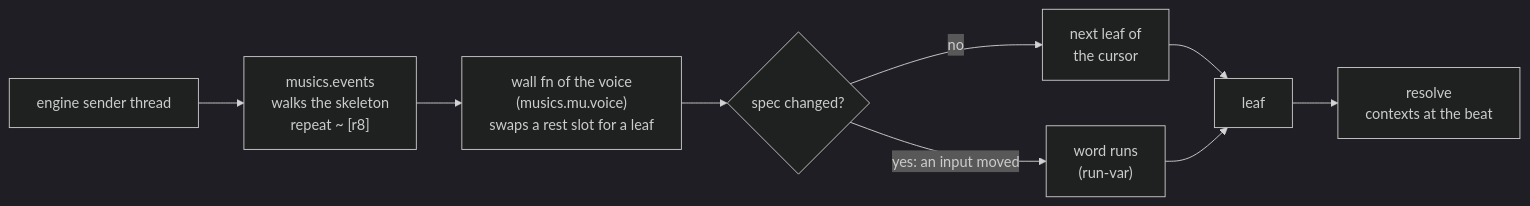
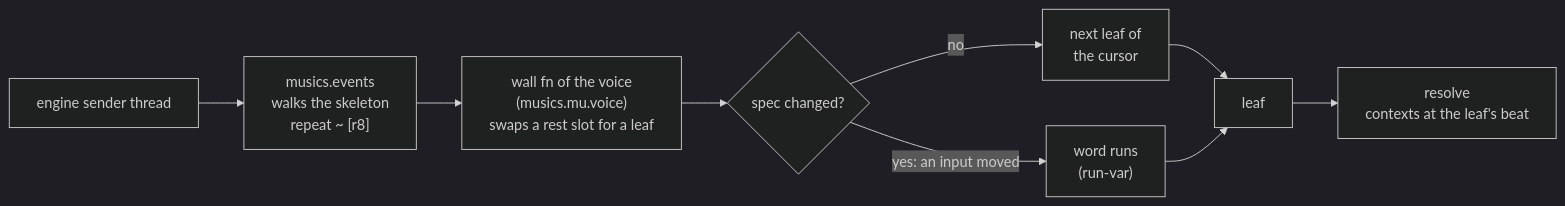
Before and after one commit to gebdevalk/musics: the first of 3 diagrams in doc/md/pull-voice.md, drawn with Mermaid (dark theme). The commit also changed other lines of this file and 1 other file, not shown here.

Commit message:
docs: a voice as a function of beat -- one leaf, one beat, every lookup at that beat

````diff
--- a/doc/md/pull-voice.md
+++ b/doc/md/pull-voice.md
@@ -11,16 +14,16 @@
 ```mermaid
 flowchart LR
   engine["engine sender thread"]
   events["musics.events<br/>walks the skeleton<br/>repeat ~ [r8]"]
   wall["wall fn of the voice<br/>(musics.mu.voice)<br/>swaps a rest slot for a leaf"]
   cursor{"spec changed?"}
   next["next leaf of<br/>the cursor"]
   word["word runs<br/>(run-var)"]
   leaf["leaf"]
-  resolve["resolve<br/>contexts at the beat"]
+  resolve["resolve<br/>contexts at the leaf's beat"]
 
   engine --> events --> wall --> cursor
   cursor -- no --> next --> leaf
   cursor -- "yes: an input moved" --> word --> leaf
   leaf --> resolve
 ```
````
